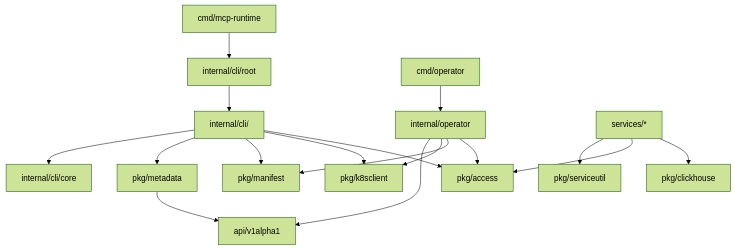
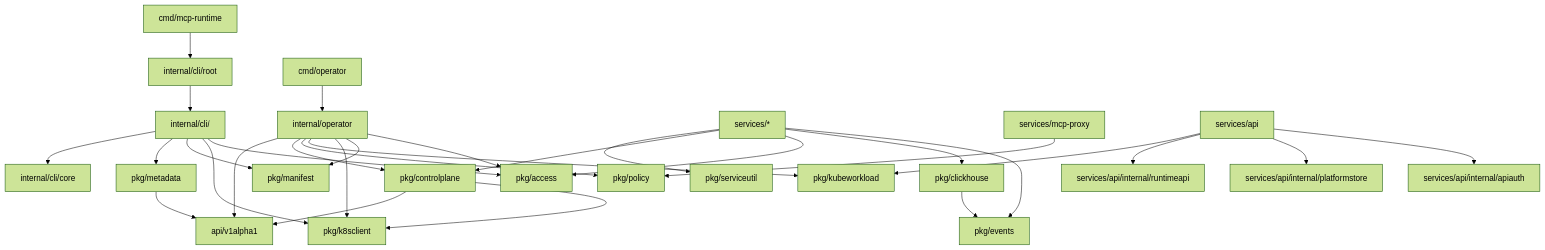
Before and after one commit to Agent-Hellboy/mcp-runtime: the fourth of 4 diagrams in docs/internals/README.md, drawn with Mermaid (forest theme). The commit also changed other lines of this file and 81 other files, not shown here.

Commit message:
refactor(api): split runtime service boundaries

````diff
--- a/docs/internals/README.md
+++ b/docs/internals/README.md
@@ -102,19 +106,32 @@
 ```mermaid
 flowchart TB
     Cmd[cmd/mcp-runtime] --> CLIRoot[internal/cli/root]
     CLIRoot --> CLICommands[internal/cli/<command>]
     CLICommands --> CLICore[internal/cli/core]
     CLICommands --> Metadata[pkg/metadata]
     CLICommands --> Manifest[pkg/manifest]
     CLICommands --> K8sClient[pkg/k8sclient]
     CLICommands --> Access[pkg/access]
     CmdOp[cmd/operator] --> Operator[internal/operator]
     Operator --> API[api/v1alpha1]
+    Operator --> ControlPlane[pkg/controlplane]
+    Operator --> Policy[pkg/policy]
+    Operator --> Workload[pkg/kubeworkload]
     Operator --> K8sClient
     Operator --> Manifest
     Operator --> Access
     Services[services/*] --> ServiceUtil[pkg/serviceutil]
+    Services --> ControlPlane
     Services --> Access
     Services --> ClickHouse[pkg/clickhouse]
+    Services --> Events[pkg/events]
+    Proxy[services/mcp-proxy] --> Policy
+    APIService[services/api] --> Workload
+    APIService --> RuntimeAPI[services/api/internal/runtimeapi]
+    APIService --> PlatformStore[services/api/internal/platformstore]
+    APIService --> APIAuth[services/api/internal/apiauth]
+    ClickHouse --> Events
+    ControlPlane --> API
+    ControlPlane --> K8sClient
     Metadata --> API
 ```
````
